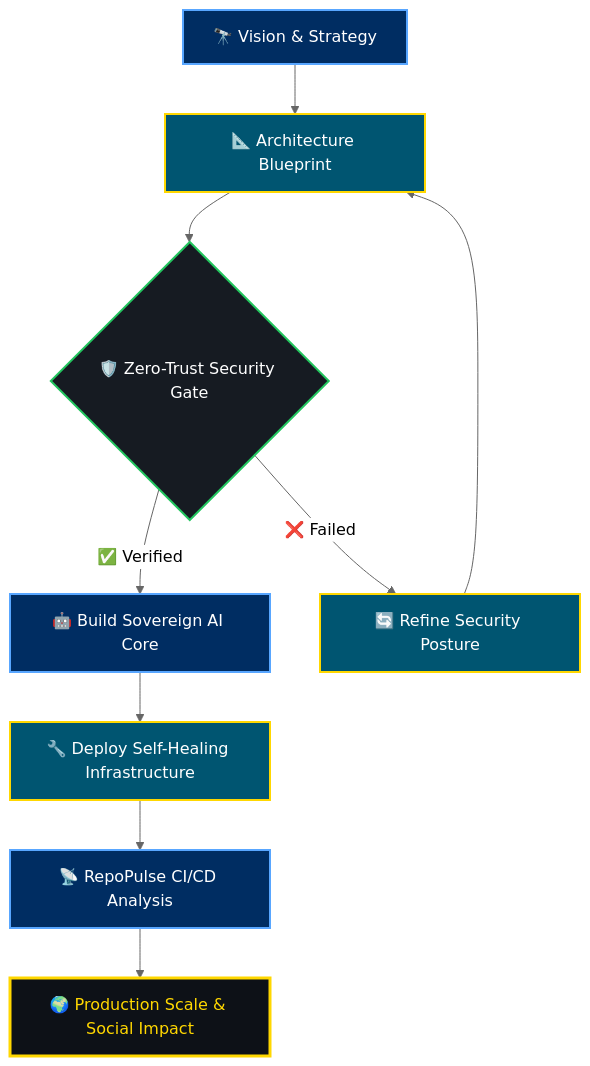
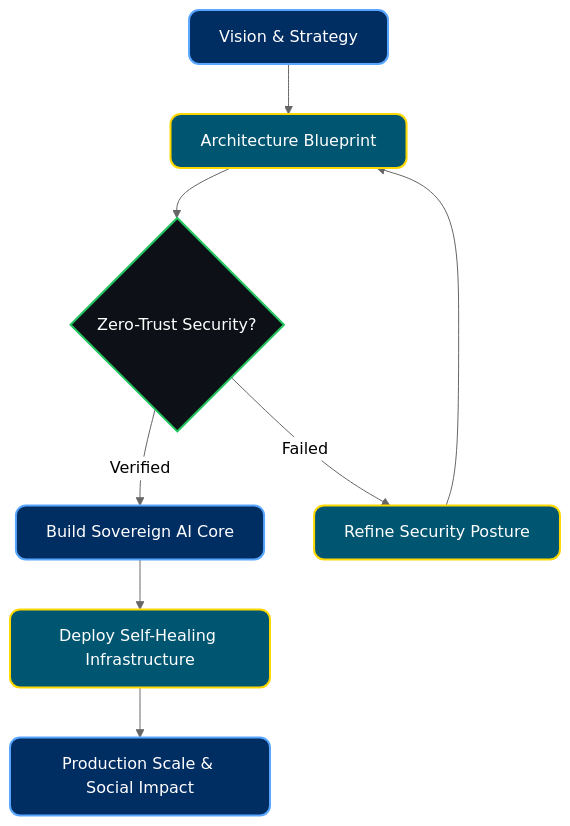
Before and after one commit to Raphasha27/Raphasha27: the diagram in README.md, drawn with Mermaid (neutral theme). The commit also changed other lines of this file, not shown here.

Commit message:
docs: Fix mermaid diagram rendering and markdown formatting

````diff
--- a/README.md
+++ b/README.md
@@ -49,18 +49,17 @@
 ```mermaid
 graph TD
-    classDef primary fill:#002D62,stroke:#58a6ff,stroke-width:2px,color:#ffffff;
-    classDef secondary fill:#005571,stroke:#FFD700,stroke-width:2px,color:#ffffff;
-    classDef decision fill:#161b22,stroke:#22c55e,stroke-width:2px,color:#ffffff;
-    classDef output fill:#0d1117,stroke:#FFD700,stroke-width:3px,color:#FFD700;
-
-    A["🔭 Vision & Strategy"]:::primary --> B["📐 Architecture Blueprint"]:::secondary
-    B --> C{"🛡️ Zero-Trust Security Gate"}:::decision
-
-    C -->|"✅ Verified"| D["🤖 Build Sovereign AI Core"]:::primary
-    C -->|"❌ Failed"| E["🔄 Refine Security Posture"]:::secondary
+    %% Define styles for nodes
+    classDef primary fill:#002D62,stroke:#58a6ff,stroke-width:2px,color:#ffffff,rx:10px,ry:10px;
+    classDef secondary fill:#005571,stroke:#FFD700,stroke-width:2px,color:#ffffff,rx:10px,ry:10px;
+    classDef decision fill:#0d1117,stroke:#22c55e,stroke-width:2px,color:#ffffff;
+    
+    A["Vision & Strategy"]:::primary --> B["Architecture Blueprint"]:::secondary
+    B --> C{"Zero-Trust Security?"}:::decision
+    
+    C -->|Verified| D["Build Sovereign AI Core"]:::primary
+    C -->|Failed| E["Refine Security Posture"]:::secondary
     E --> B
-
-    D --> F["🔧 Deploy Self-Healing Infrastructure"]:::secondary
-    F --> G["📡 RepoPulse CI/CD Analysis"]:::primary
-    G --> H["🌍 Production Scale & Social Impact"]:::output
+    
+    D --> F["Deploy Self-Healing Infrastructure"]:::secondary
+    F --> G["Production Scale & Social Impact"]:::primary
 ```
````
